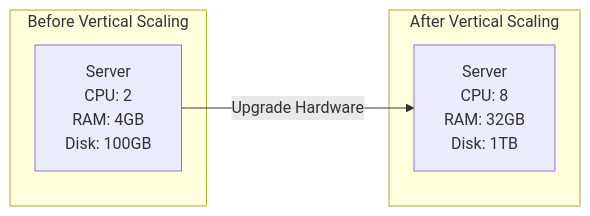
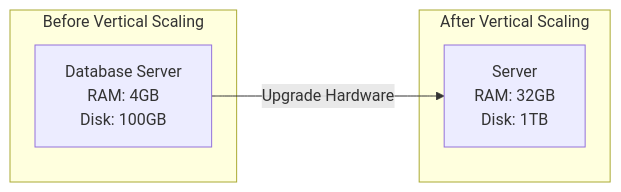
Before and after one commit to tdadadavid/sd-journal: the first of 3 diagrams in databases/scaling-db.md, drawn with Mermaid.

````diff
--- a/databases/scaling-db.md
+++ b/databases/scaling-db.md
@@ -10,13 +10,12 @@
 ```mermaid
 flowchart LR
     subgraph Before["Before Vertical Scaling"]
-        A["Server<br/>CPU: 2<br/>RAM: 4GB<br/>Disk: 100GB"]
+        A["Database Server<br/>RAM: 4GB<br/>Disk: 100GB"]
     end
 
     subgraph After["After Vertical Scaling"]
-        B["Server<br/>CPU: 8<br/>RAM: 32GB<br/>Disk: 1TB"]
+        B["Server<br/>RAM: 32GB<br/>Disk: 1TB"]
     end
 
     A -->|Upgrade Hardware| B
-
 ```
````
